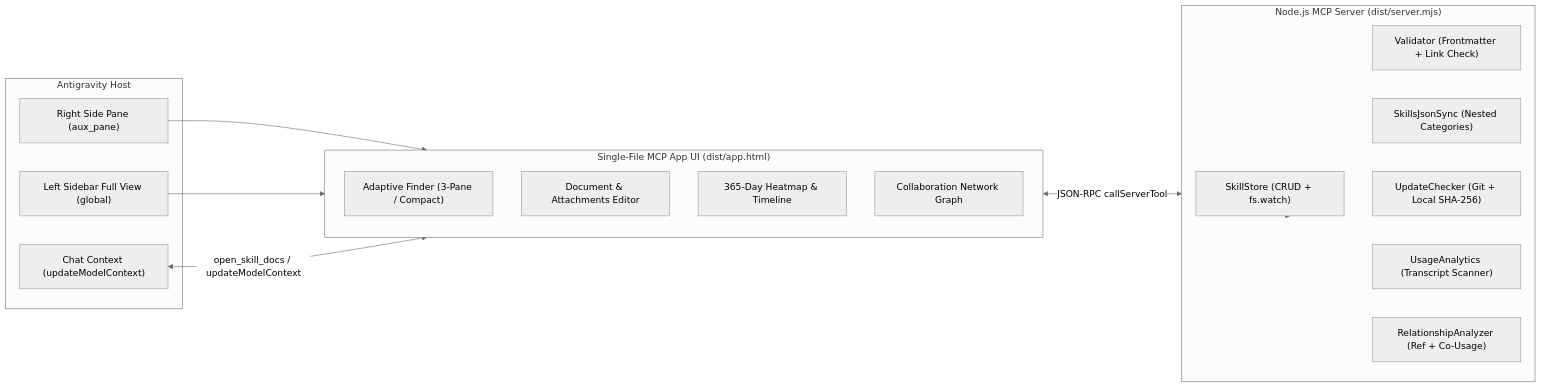
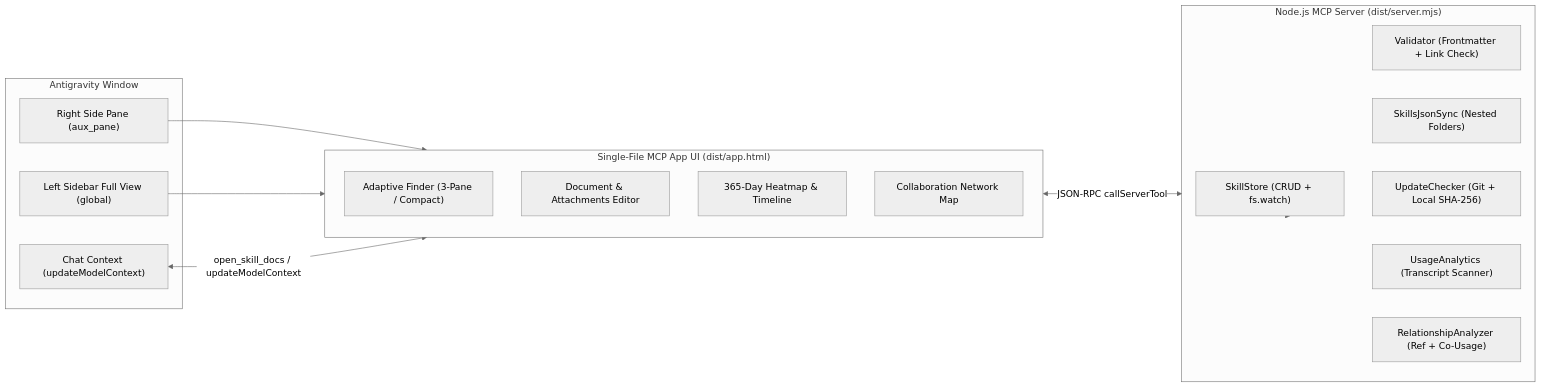
The diagram in README.md (southislandoneidlers/Better-skills-manager-for-antigravity), drawn with Mermaid (neutral theme) before and after one commit. The commit also changed other lines of this file and 27 other files, not shown here.

````diff
--- a/README.md
+++ b/README.md
@@ -52,35 +59,35 @@
 ```mermaid
 flowchart LR
-    subgraph Host["Antigravity Host"]
+    subgraph Host["Antigravity Window"]
         AuxPane["Right Side Pane (aux_pane)"]
         GlobalView["Left Sidebar Full View (global)"]
         Chat["Chat Context (updateModelContext)"]
     end
 
     subgraph UI["Single-File MCP App UI (dist/app.html)"]
         Finder["Adaptive Finder (3-Pane / Compact)"]
         Doc["Document & Attachments Editor"]
         Analytics["365-Day Heatmap & Timeline"]
-        Graph["Collaboration Network Graph"]
+        Graph["Collaboration Network Map"]
     end
 
     subgraph Server["Node.js MCP Server (dist/server.mjs)"]
         Store["SkillStore (CRUD + fs.watch)"]
         Linter["Validator (Frontmatter + Link Check)"]
-        Sync["SkillsJsonSync (Nested Categories)"]
+        Sync["SkillsJsonSync (Nested Folders)"]
         Updater["UpdateChecker (Git + Local SHA-256)"]
         Usage["UsageAnalytics (Transcript Scanner)"]
         Rel["RelationshipAnalyzer (Ref + Co-Usage)"]
     end
 
     AuxPane --> UI
     GlobalView --> UI
     Chat <-->|"open_skill_docs / updateModelContext"| UI
     UI <-->|"JSON-RPC callServerTool"| Server
     Server --> Store
     Server --> Linter
     Server --> Sync
     Server --> Updater
     Server --> Usage
     Server --> Rel
 ```
````
